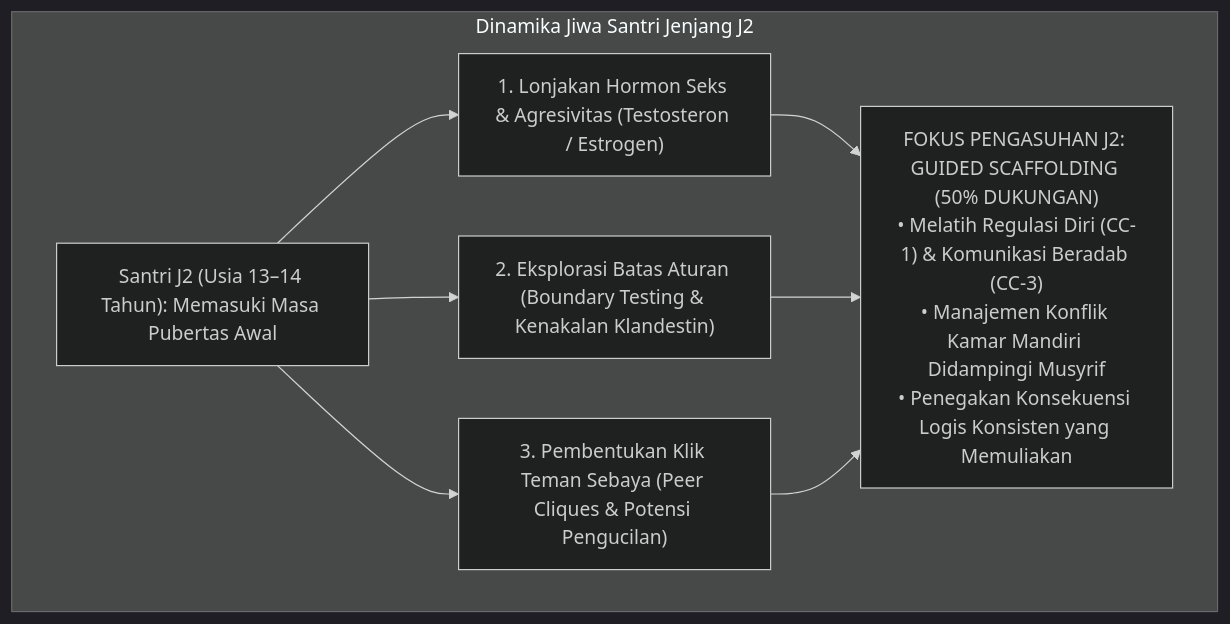
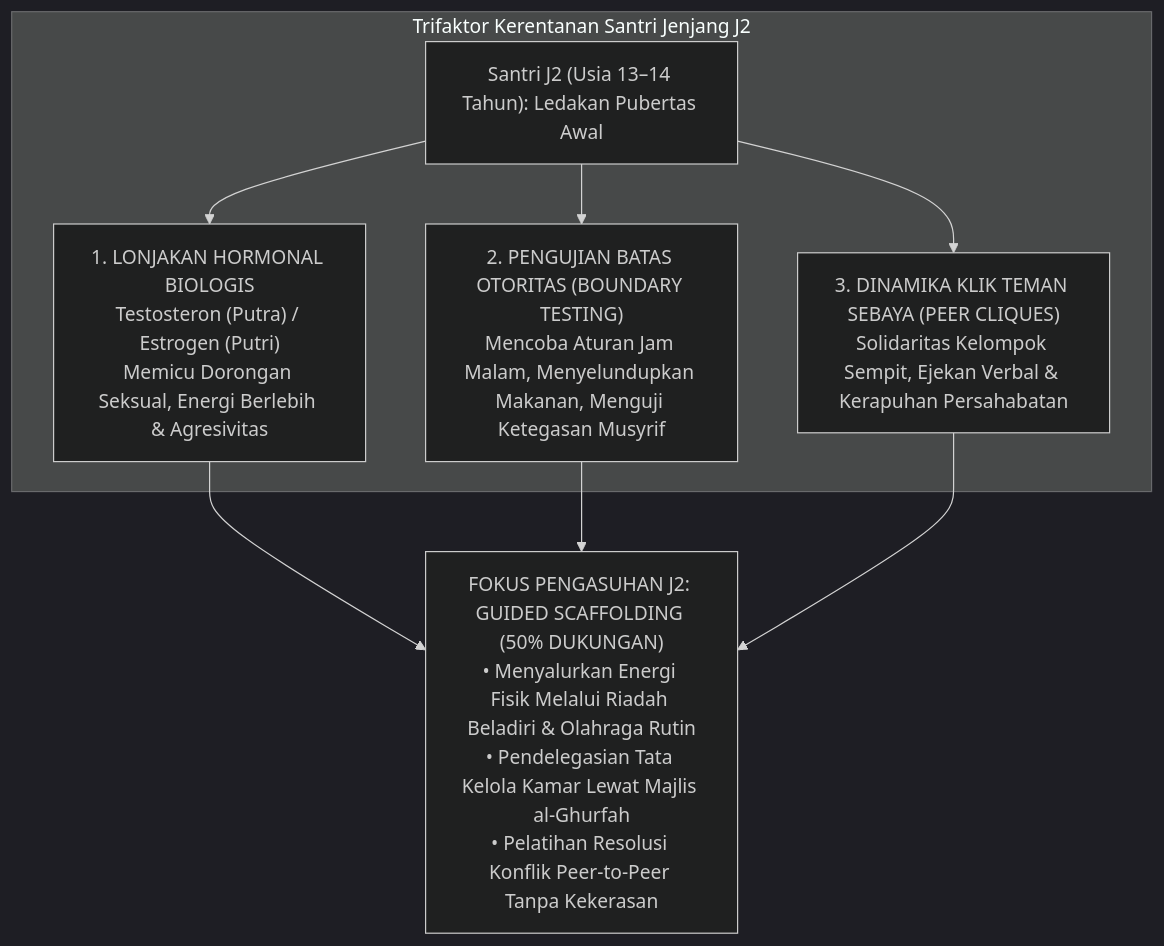
The second of 2 diagrams in BOOK Series 1/01-The-Fundamental-of-TUMBUH/BAGIAN-VI/Bab-13-Bedah-Jenjang-J1-dan-J2.md (wandiapriliyandi/tumbuh), drawn with Mermaid (dark theme) before and after one commit. The commit also changed other lines of this file and 4 other files, not shown here.

````diff
--- a/BOOK Series 1/01-The-Fundamental-of-TUMBUH/BAGIAN-VI/Bab-13-Bedah-Jenjang-J1-dan-J2.md
+++ b/BOOK Series 1/01-The-Fundamental-of-TUMBUH/BAGIAN-VI/Bab-13-Bedah-Jenjang-J1-dan-J2.md
@@ -82,12 +116,14 @@
 ```mermaid
 graph TD
-    subgraph DINAMIKA_PERKEMBANGAN_J2["Dinamika Jiwa Santri Jenjang J2"]
-        P["Santri J2 (Usia 13–14 Tahun): Memasuki Masa Pubertas Awal"]
+    subgraph BADAI_PUBERTAS_J2["Trifaktor Kerentanan Santri Jenjang J2"]
+        P["Santri J2 (Usia 13–14 Tahun): Ledakan Pubertas Awal"]
         
-        P --> T1["1. Lonjakan Hormon Seks & Agresivitas (Testosteron / Estrogen)"]
-        P --> T2["2. Eksplorasi Batas Aturan (Boundary Testing & Kenakalan Klandestin)"]
-        P --> T3["3. Pembentukan Klik Teman Sebaya (Peer Cliques & Potensi Pengucilan)"]
+        P --> F1["1. LONJAKAN HORMONAL BIOLOGIS<br/>Testosteron (Putra) / Estrogen (Putri)<br/>Memicu Dorongan Seksual, Energi Berlebih & Agresivitas"]
         
-        T1 & T2 & T3 --> STRATEGI_J2["FOKUS PENGASUHAN J2: GUIDED SCAFFOLDING (50% DUKUNGAN)<br/>• Melatih Regulasi Diri (CC-1) & Komunikasi Beradab (CC-3)<br/>• Manajemen Konflik Kamar Mandiri Didampingi Musyrif<br/>• Penegakan Konsekuensi Logis Konsisten yang Memuliakan"]
+        P --> F2["2. PENGUJIAN BATAS OTORITAS (BOUNDARY TESTING)<br/>Mencoba Aturan Jam Malam, Menyelundupkan Makanan, Menguji Ketegasan Musyrif"]
+        
+        P --> F3["3. DINAMIKA KLIK TEMAN SEBAYA (PEER CLIQUES)<br/>Solidaritas Kelompok Sempit, Ejekan Verbal & Kerapuhan Persahabatan"]
     end
+
+    F1 & F2 & F3 --> STRATEGI_J2["FOKUS PENGASUHAN J2: GUIDED SCAFFOLDING (50% DUKUNGAN)<br/>• Menyalurkan Energi Fisik Melalui Riadah Beladiri & Olahraga Rutin<br/>• Pendelegasian Tata Kelola Kamar Lewat Majlis al-Ghurfah<br/>• Pelatihan Resolusi Konflik Peer-to-Peer Tanpa Kekerasan"]
 ```
````
